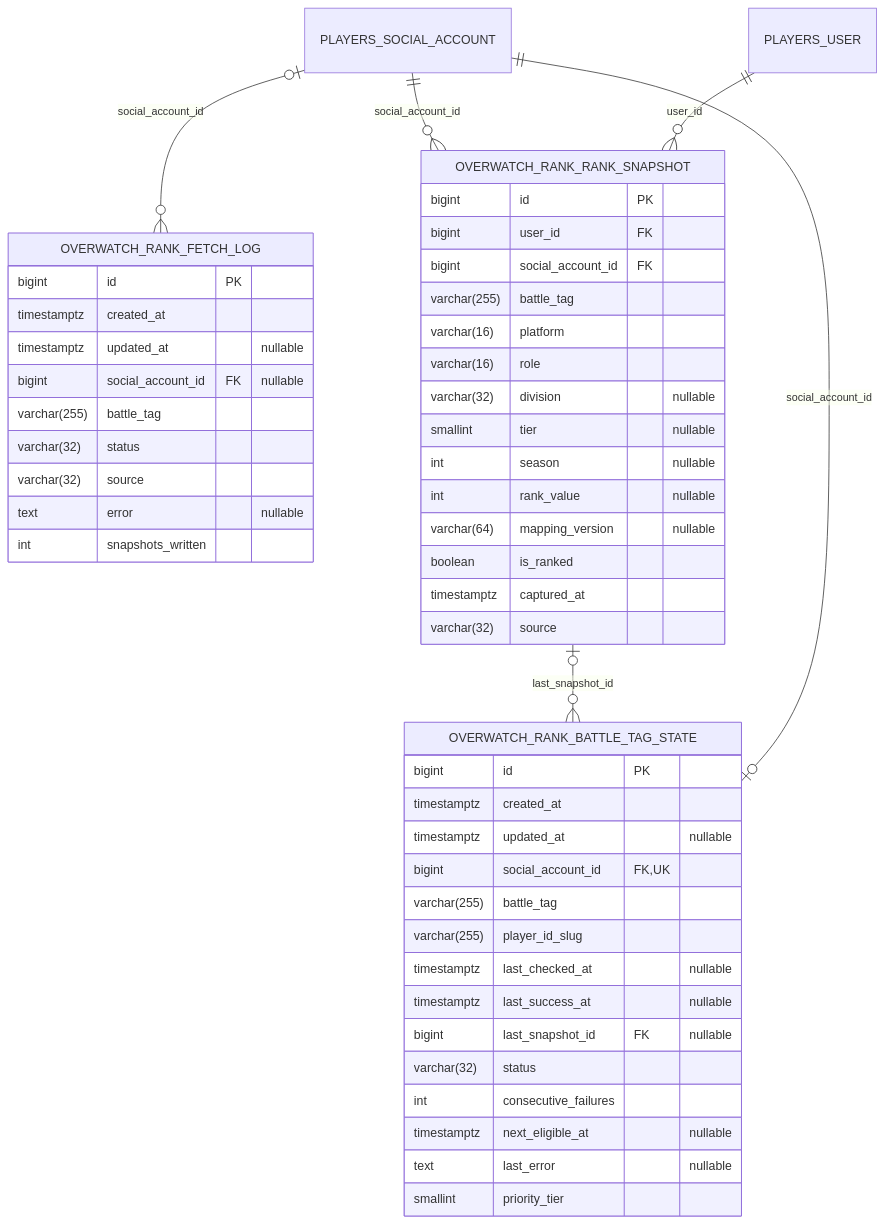
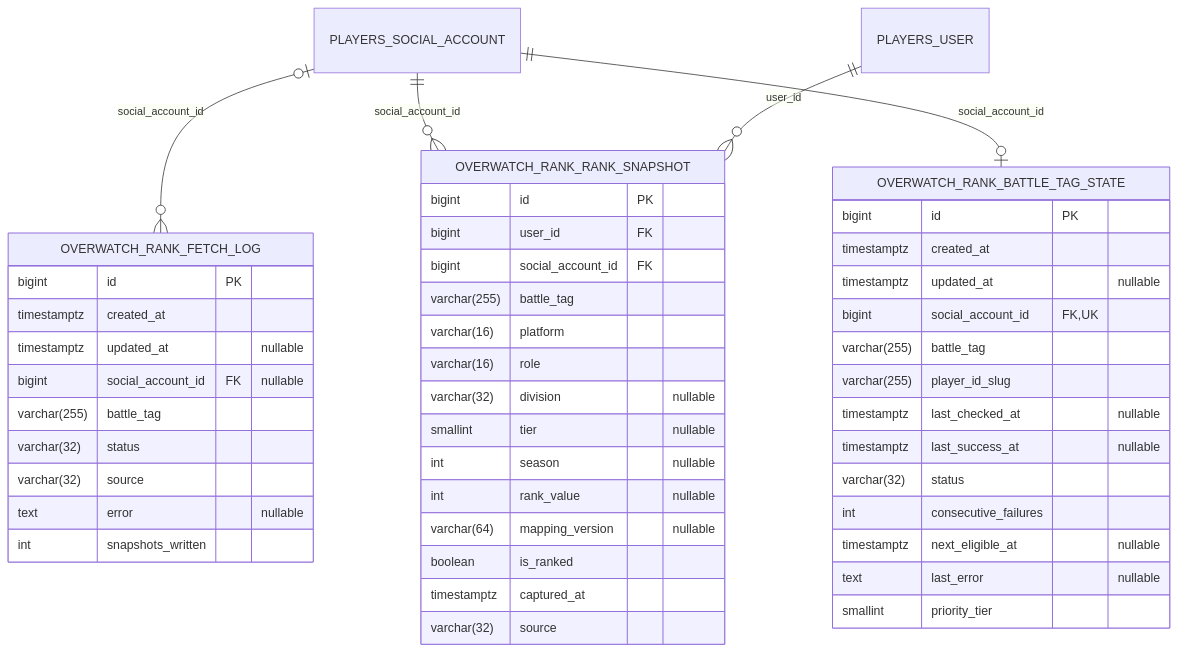
The seventh of 19 diagrams in docs/database_erd.md (CraazzzyyFoxx/overwatch-tournaments), drawn with Mermaid before and after one commit. The commit also changed other lines of this file, not shown here.

Commit message:
docs(erd): regenerate for the team-registration and mix columns

````diff
--- a/docs/database_erd.md
+++ b/docs/database_erd.md
@@ -719,52 +719,50 @@
 ```mermaid
 erDiagram
     OVERWATCH_RANK_BATTLE_TAG_STATE {
         bigint id PK
         timestamptz created_at
         timestamptz updated_at "nullable"
         bigint social_account_id FK,UK
         varchar(255) battle_tag
         varchar(255) player_id_slug
         timestamptz last_checked_at "nullable"
         timestamptz last_success_at "nullable"
-        bigint last_snapshot_id FK "nullable"
         varchar(32) status
         int consecutive_failures
         timestamptz next_eligible_at "nullable"
         text last_error "nullable"
         smallint priority_tier
     }
     OVERWATCH_RANK_FETCH_LOG {
         bigint id PK
         timestamptz created_at
         timestamptz updated_at "nullable"
         bigint social_account_id FK "nullable"
         varchar(255) battle_tag
         varchar(32) status
         varchar(32) source
         text error "nullable"
         int snapshots_written
     }
     OVERWATCH_RANK_RANK_SNAPSHOT {
         bigint id PK
         bigint user_id FK
         bigint social_account_id FK
         varchar(255) battle_tag
         varchar(16) platform
         varchar(16) role
         varchar(32) division "nullable"
         smallint tier "nullable"
         int season "nullable"
         int rank_value "nullable"
         varchar(64) mapping_version "nullable"
         boolean is_ranked
         timestamptz captured_at
         varchar(32) source
     }
 
-    OVERWATCH_RANK_RANK_SNAPSHOT |o--o{ OVERWATCH_RANK_BATTLE_TAG_STATE : "last_snapshot_id"
     PLAYERS_SOCIAL_ACCOUNT |o--o{ OVERWATCH_RANK_FETCH_LOG : "social_account_id"
     PLAYERS_SOCIAL_ACCOUNT ||--o{ OVERWATCH_RANK_RANK_SNAPSHOT : "social_account_id"
     PLAYERS_SOCIAL_ACCOUNT ||--o| OVERWATCH_RANK_BATTLE_TAG_STATE : "social_account_id"
     PLAYERS_USER ||--o{ OVERWATCH_RANK_RANK_SNAPSHOT : "user_id"
 ```
````
